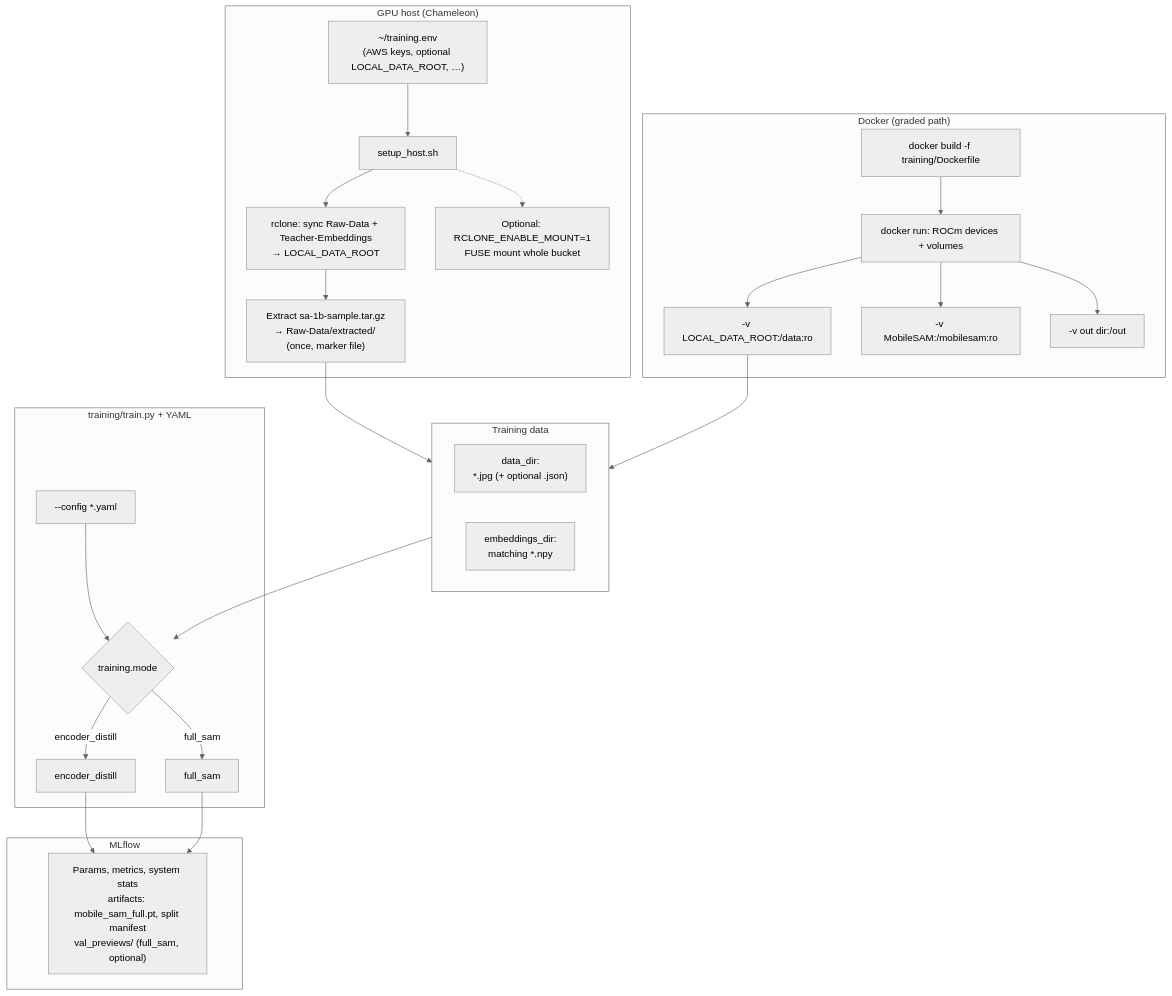
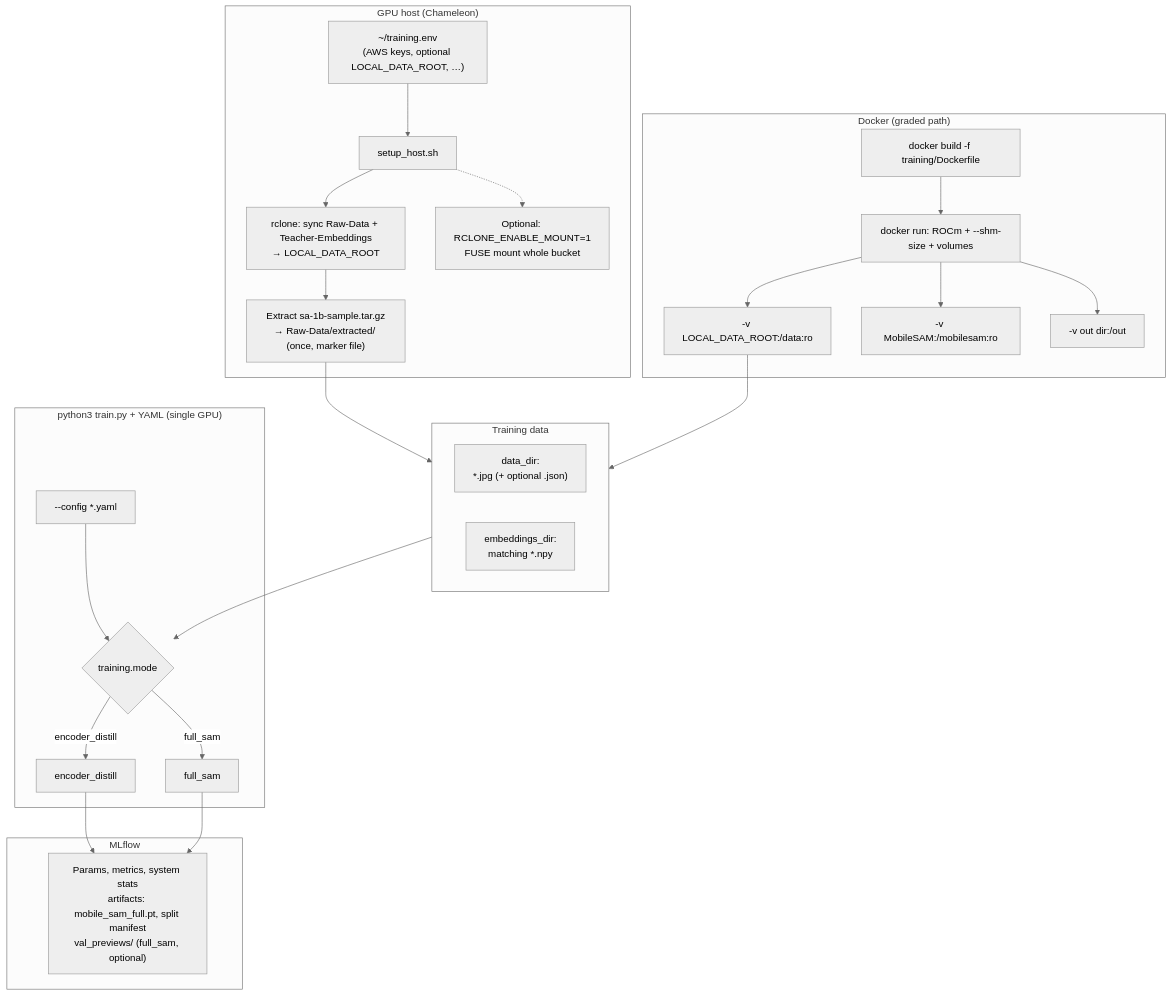
The diagram in training/PIPELINE.md (PranjalMinocha/immich-sticker-gen), drawn with Mermaid (neutral theme) before and after one commit. The commit also changed other lines of this file and 9 other files, not shown here.

First line of the commit message:
Train on single GPU only; remove distributed/DDP/torchrun path

````diff
--- a/training/PIPELINE.md
+++ b/training/PIPELINE.md
@@ -7,50 +7,50 @@
 ```mermaid
 flowchart TB
   subgraph host["GPU host (Chameleon)"]
     ENV["~/training.env\n(AWS keys, optional LOCAL_DATA_ROOT, …)"]
     SH["setup_host.sh"]
     RCLONE["rclone: sync Raw-Data + Teacher-Embeddings\n→ LOCAL_DATA_ROOT"]
     TAR["Extract sa-1b-sample.tar.gz\n→ Raw-Data/extracted/ (once, marker file)"]
     OPTMNT["Optional: RCLONE_ENABLE_MOUNT=1\nFUSE mount whole bucket"]
     ENV --> SH
     SH --> RCLONE --> TAR
     SH -.-> OPTMNT
   end
 
   subgraph docker["Docker (graded path)"]
     BUILD["docker build -f training/Dockerfile"]
-    RUN["docker run: ROCm devices + volumes"]
+    RUN["docker run: ROCm + --shm-size + volumes"]
     VM1["-v LOCAL_DATA_ROOT:/data:ro"]
     VM2["-v MobileSAM:/mobilesam:ro"]
     VM3["-v out dir:/out"]
     BUILD --> RUN
     RUN --> VM1
     RUN --> VM2
     RUN --> VM3
   end
 
-  subgraph train["training/train.py + YAML"]
+  subgraph train["python3 train.py + YAML (single GPU)"]
     CFG["--config *.yaml"]
     MODE{"training.mode"}
     ENC["encoder_distill"]
     FULL["full_sam"]
     CFG --> MODE
     MODE -->|encoder_distill| ENC
     MODE -->|full_sam| FULL
   end
 
   subgraph dataread["Training data"]
     L0["data_dir:\n*.jpg (+ optional .json)"]
     L1["embeddings_dir:\nmatching *.npy"]
   end
 
   TAR --> dataread
   VM1 --> dataread
   dataread --> MODE
 
   subgraph mlflow["MLflow"]
     LOG["Params, metrics, system stats\nartifacts: mobile_sam_full.pt, split manifest\nval_previews/ (full_sam, optional)"]
   end
   ENC --> LOG
   FULL --> LOG
 ```
````
